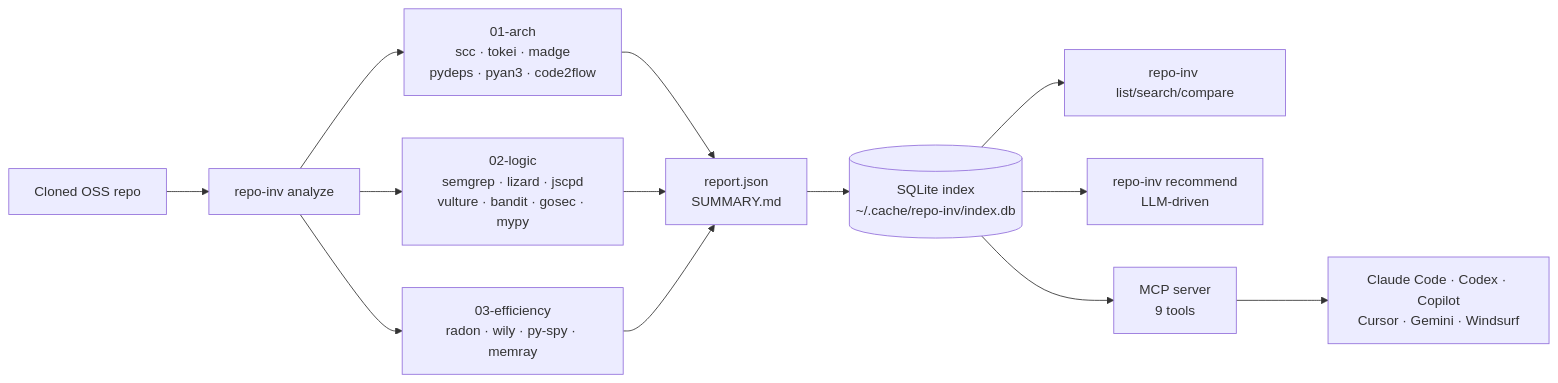
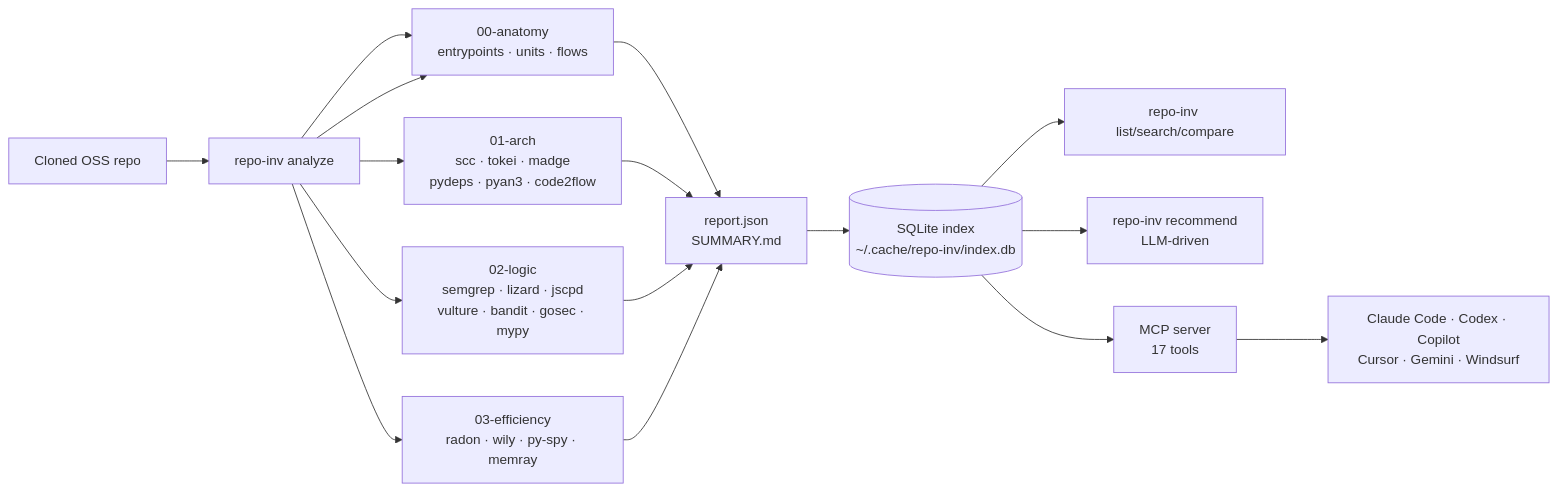
Before and after one commit to CHINGBOH/code-analysis-suite: the diagram in README.md, drawn with Mermaid. The commit also changed other lines of this file and 13 other files, not shown here.

````diff
--- a/README.md
+++ b/README.md
@@ -66,15 +114,18 @@
 ```mermaid
 flowchart LR
     A[Cloned OSS repo] --> B[repo-inv analyze]
+    B --> C0[00-anatomy<br/>entrypoints · units · flows]
+    B --> C0
     B --> C1[01-arch<br/>scc · tokei · madge<br/>pydeps · pyan3 · code2flow]
     B --> C2[02-logic<br/>semgrep · lizard · jscpd<br/>vulture · bandit · gosec · mypy]
     B --> C3[03-efficiency<br/>radon · wily · py-spy · memray]
-    C1 --> D[report.json<br/>SUMMARY.md]
+    C0 --> D[report.json<br/>SUMMARY.md]
+    C1 --> D
     C2 --> D
     C3 --> D
     D --> E[(SQLite index<br/>~/.cache/repo-inv/index.db)]
     E --> F1[repo-inv list/search/compare]
     E --> F2[repo-inv recommend<br/>LLM-driven]
-    E --> F3[MCP server<br/>9 tools]
+    E --> F3[MCP server<br/>17 tools]
     F3 --> G[Claude Code · Codex · Copilot<br/>Cursor · Gemini · Windsurf]
 ```
````
